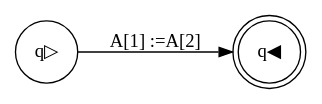
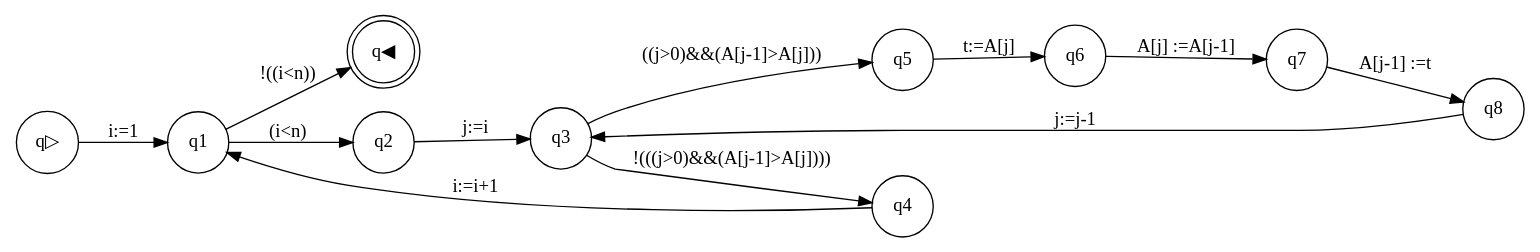
The diagram in graph.dot (gideon-wade/CSM_PA), drawn with Graphviz before and after one commit. The commit also changed 1 other file, not shown here.

```diff
--- a/graph.dot
+++ b/graph.dot
@@ -1,6 +1,16 @@
 digraph program_graph {rankdir=LR;
 node [shape = circle]; q▷;
 node [shape = doublecircle]; q◀;
 node [shape = circle]
-q▷ -> q◀ [label = "A[1] :=A[2]"];
+q▷ -> q1 [label = "i:=1"];
+q1 -> q2 [label = "(i<n)"];
+q2 -> q3 [label = "j:=i"];
+q3 -> q4 [label = "!(((j>0)&&(A[j-1]>A[j])))"];
+q3 -> q5 [label = "((j>0)&&(A[j-1]>A[j]))"];
+q4 -> q1 [label = "i:=i+1"];
+q5 -> q6 [label = "t:=A[j]"];
+q6 -> q7 [label = "A[j] :=A[j-1]"];
+q7 -> q8 [label = "A[j-1] :=t"];
+q8 -> q3 [label = "j:=j-1"];
+q1 -> q◀ [label = "!((i<n))"];
 }
```
